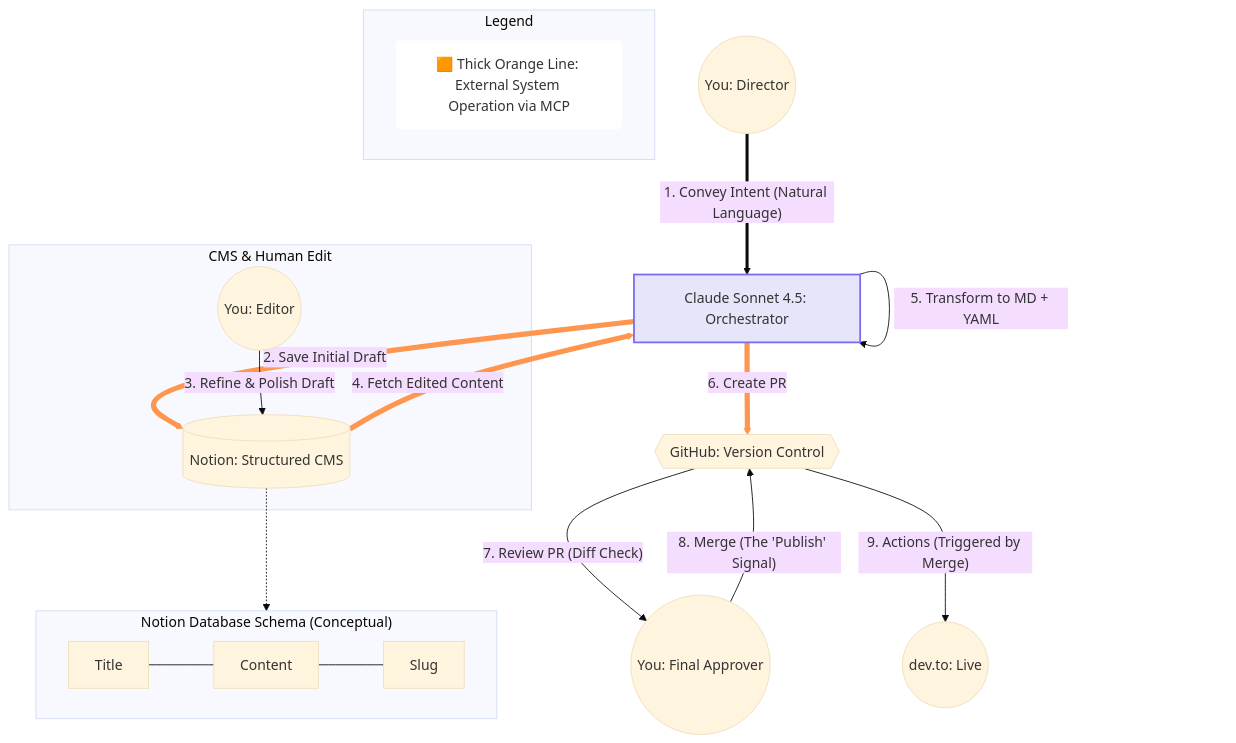
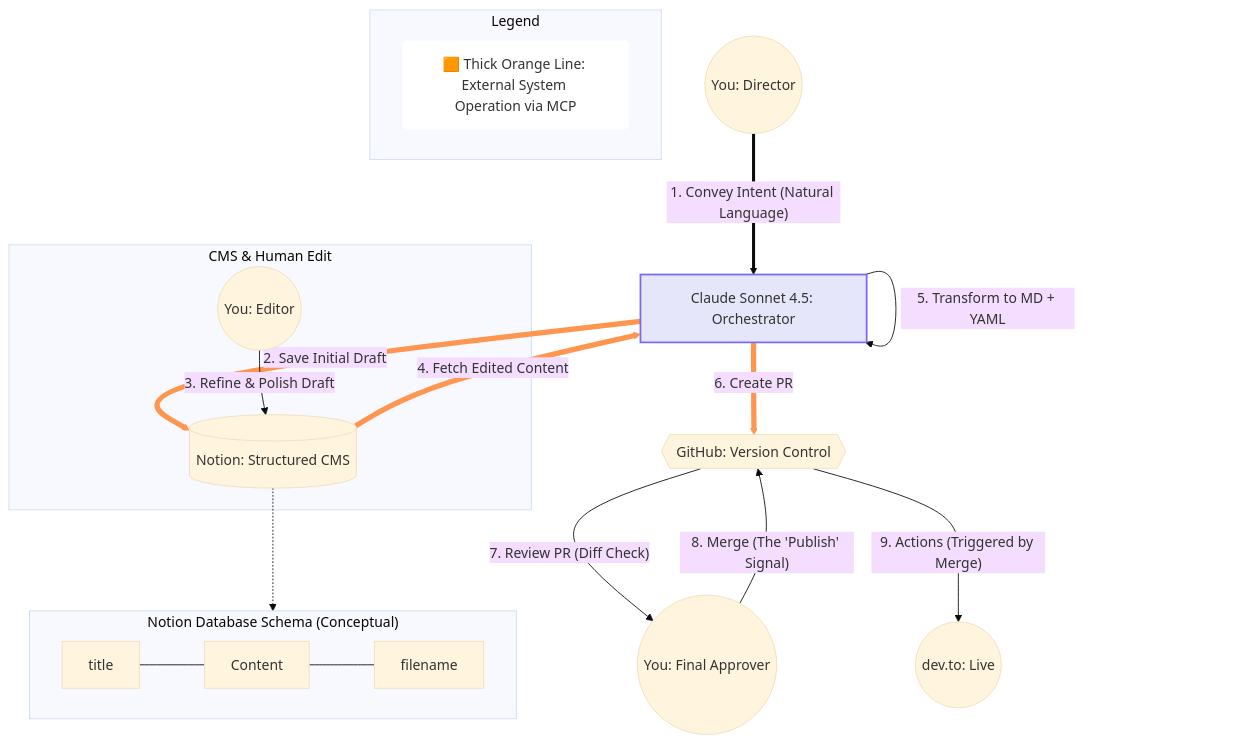
Before and after one commit to tinyalg/notion-mcp-challenge: the diagram in README.md, drawn with Mermaid (base theme).

Commit message:
Update mermaid diagram in README

````diff
--- a/README.md
+++ b/README.md
@@ -13,60 +13,60 @@
 ```mermaid
 graph TD
     %% --- Node Definitions ---
     Input(("You: Director"))
     Claude["Claude Sonnet 4.5: Orchestrator"]
     Notion[("Notion: Structured CMS")]
     Author(("You: Editor"))
     GitHub{{"GitHub: Version Control"}}
     User(("You: Final Approver"))
     devto(("dev.to: Live"))
     
     %% --- Legend ---
     subgraph Legend_Box [Legend]
         L1["🟧 Thick Orange Line: External System Operation via MCP"]
     end
     style L1 fill:#ffffff,stroke:none,color:#333,rx:5,ry:5
     
     %% --- Subgraphs ---
     subgraph CMS_Phase ["CMS & Human Edit"]
         Author
         Notion
     end
 
     subgraph Notion_Structure ["Notion Database Schema (Conceptual)"]
         direction LR
-        Prop1[Title]
+        Prop1[title]
         Prop2[Content]
-        Prop3[Slug]
+        Prop3[filename]
     end
 
     %% --- Connections ---
     %% 0. Input (Index 0)
     Input == "1. Convey Intent (Natural Language)" ==> Claude
     
     %% [MCP Connections] Index 1, 2, 3
     Claude == "2. Save Initial Draft" ==> Notion
     Notion == "4. Fetch Edited Content" ==> Claude
     Claude == "6. Create PR" ==> GitHub
     
     %% [Other Connections]
     Author -- "3. Refine & Polish Draft" --> Notion
     Claude -- "5. Transform to MD + YAML" --> Claude
     User -- "8. Merge (The 'Publish' Signal)" --> GitHub
     GitHub -- "7. Review PR (Diff Check)" --> User
     GitHub -- "9. Actions (Triggered by Merge)" --> devto
     
     %% [Schema Connections]
     Prop1 --- Prop2
     Prop2 --- Prop3
-    Notion -.-> Notion_Structure
+    Notion -.-> Prop1
 
     %% --- Styles ---
     classDef claudeStyle fill:#e6e6fa,stroke:#7b68ee,stroke-width:2px,color:#333;
     class Claude claudeStyle;
 
     %% Highlight MCP access
     linkStyle 1 stroke:#ff964f,stroke-width:6px;
     linkStyle 2 stroke:#ff964f,stroke-width:6px;
     linkStyle 3 stroke:#ff964f,stroke-width:6px;
 ```
````
